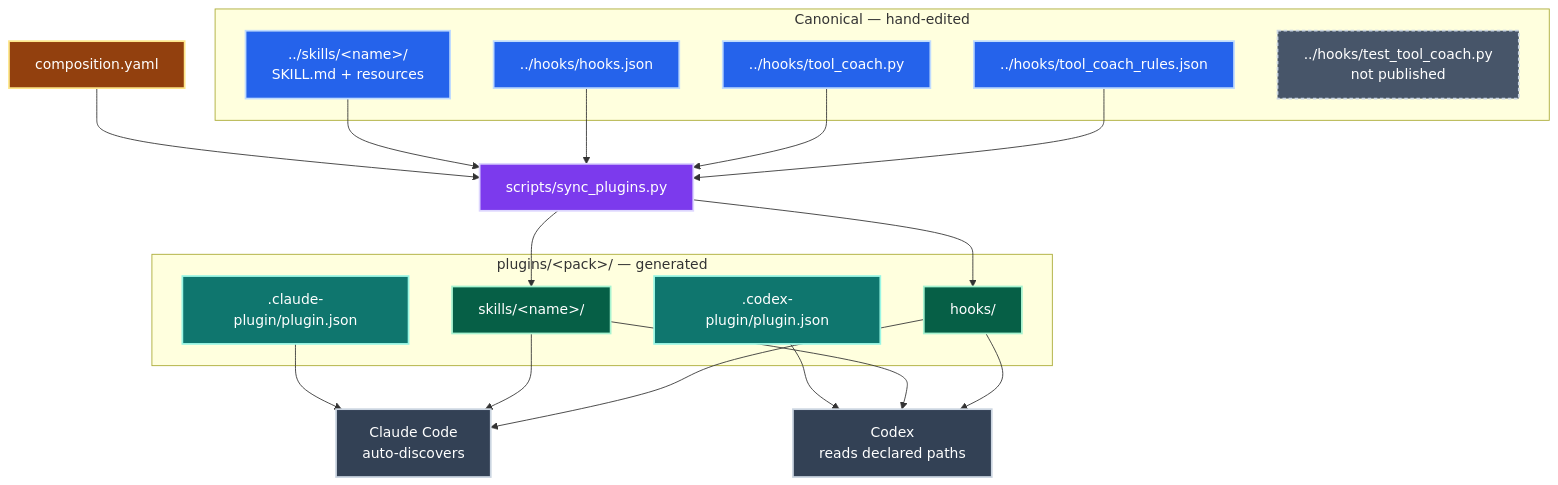
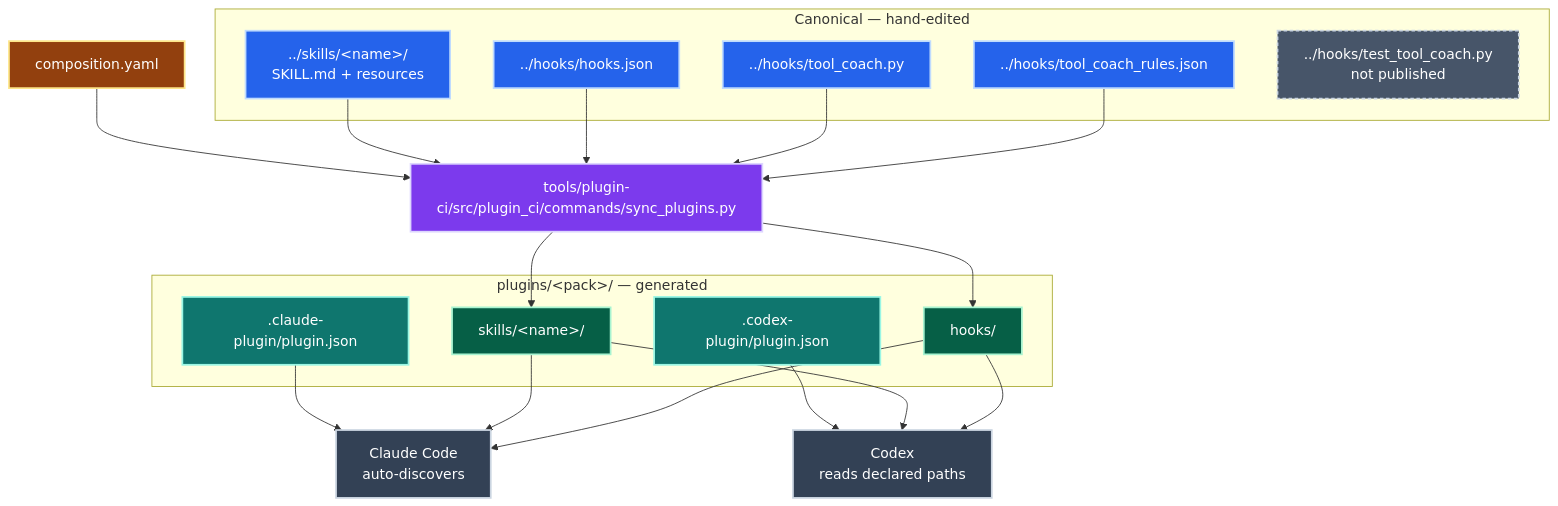
Before and after one commit to jpeakai/skills: the second of 2 diagrams in plugins/README.md, drawn with Mermaid. The commit also changed other lines of this file and 86 other files, not shown here.

````diff
--- a/plugins/README.md
+++ b/plugins/README.md
@@ -53,41 +52,41 @@
 ```mermaid
 flowchart TB
     CF["composition.yaml"]:::cfg
-    SY["scripts/sync_plugins.py"]:::proc
+    SY["tools/plugin-ci/src/plugin_ci/commands/sync_plugins.py"]:::proc
 
     subgraph src["Canonical — hand-edited"]
         SKD["../skills/&lt;name&gt;/<br/>SKILL.md + resources"]:::src
         HKJ["../hooks/hooks.json"]:::src
         HKP["../hooks/tool_coach.py"]:::src
         HKR["../hooks/tool_coach_rules.json"]:::src
         HKT["../hooks/test_tool_coach.py<br/>not published"]:::orphan
     end
 
     subgraph pack["plugins/&lt;pack&gt;/ — generated"]
         CPJ[".claude-plugin/plugin.json"]:::manif
         XPJ[".codex-plugin/plugin.json"]:::manif
         PSK["skills/&lt;name&gt;/"]:::pack
         PHK["hooks/"]:::pack
     end
 
     CC["Claude Code<br/>auto-discovers"]:::host
     CX["Codex<br/>reads declared paths"]:::host
 
     CF --> SY
     SKD --> SY
     HKJ & HKP & HKR --> SY
     SY --> PSK
     SY --> PHK
     CPJ --> CC
     XPJ --> CX
     PSK & PHK --> CC
     PSK & PHK --> CX
 
     classDef cfg    fill:#92400e,stroke:#fde68a,color:#ffffff,stroke-width:2px
     classDef src    fill:#2563eb,stroke:#bfdbfe,color:#ffffff,stroke-width:2px
     classDef orphan fill:#475569,stroke:#cbd5e1,color:#ffffff,stroke-width:2px,stroke-dasharray:4 3
     classDef proc   fill:#7c3aed,stroke:#ddd6fe,color:#ffffff,stroke-width:2px
     classDef pack   fill:#065f46,stroke:#a7f3d0,color:#ffffff,stroke-width:2px
     classDef manif  fill:#0f766e,stroke:#99f6e4,color:#ffffff,stroke-width:2px
     classDef host   fill:#334155,stroke:#cbd5e1,color:#ffffff,stroke-width:2px
 ```
````
